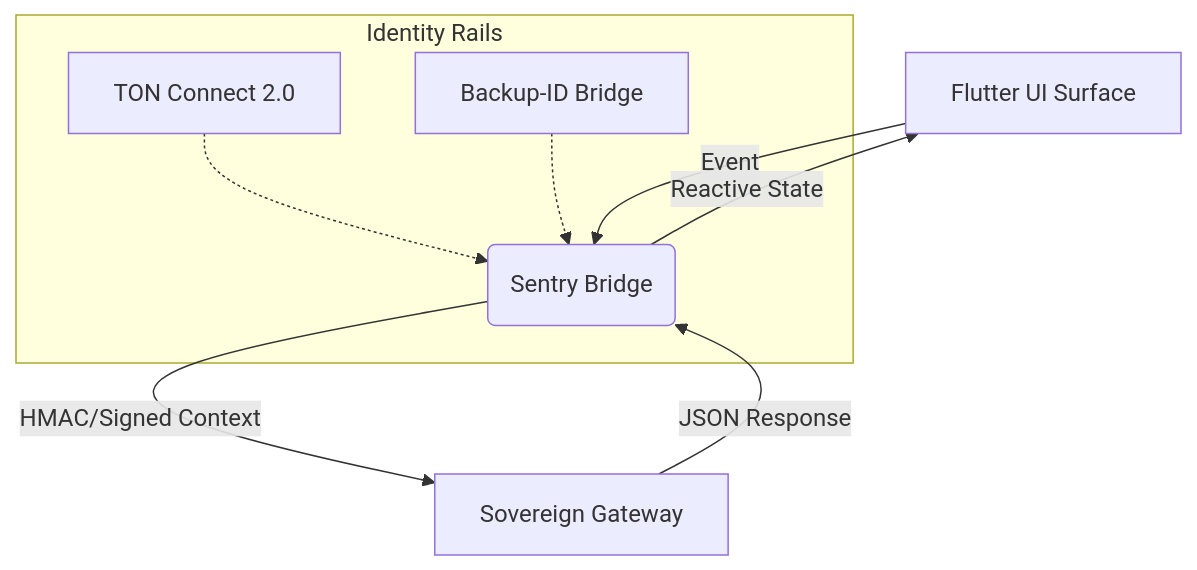
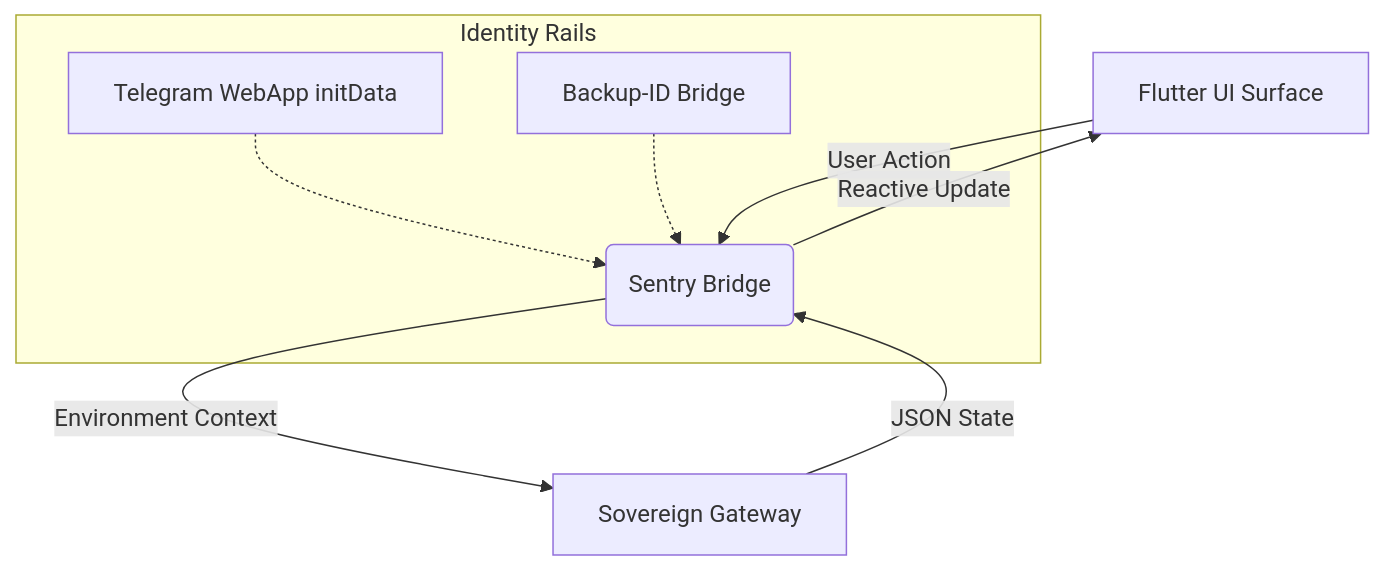
The diagram in client/README.md (arhantbarmate/nexus-core), drawn with Mermaid before and after one commit. The commit also changed other lines of this file and 52 other files, not shown here.

````diff
--- a/client/README.md
+++ b/client/README.md
@@ -11,11 +11,11 @@
 ```mermaid
 graph TD
-    A[Flutter UI Surface] -->|Event| B(Sentry Bridge)
-    B -->|HMAC/Signed Context| C[Sovereign Gateway]
-    C -->|JSON Response| B
-    B -->|Reactive State| A
+    A[Flutter UI Surface] -->|User Action| B(Sentry Bridge)
+    B -->|Environment Context| C[Sovereign Gateway]
+    C -->|JSON State| B
+    B -->|Reactive Update| A
     subgraph Identity Rails
-    D[TON Connect 2.0] -.-> B
+    D[Telegram WebApp initData] -.-> B
     E[Backup-ID Bridge] -.-> B
     end
 ```
````
